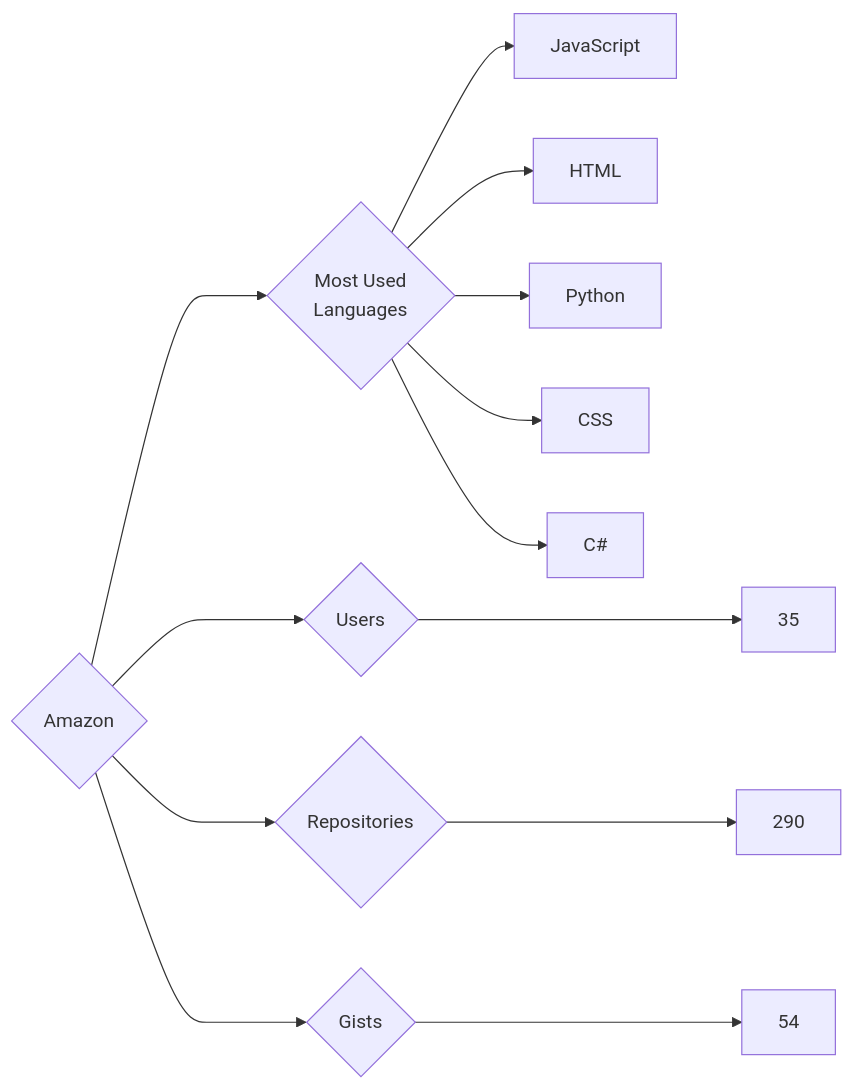
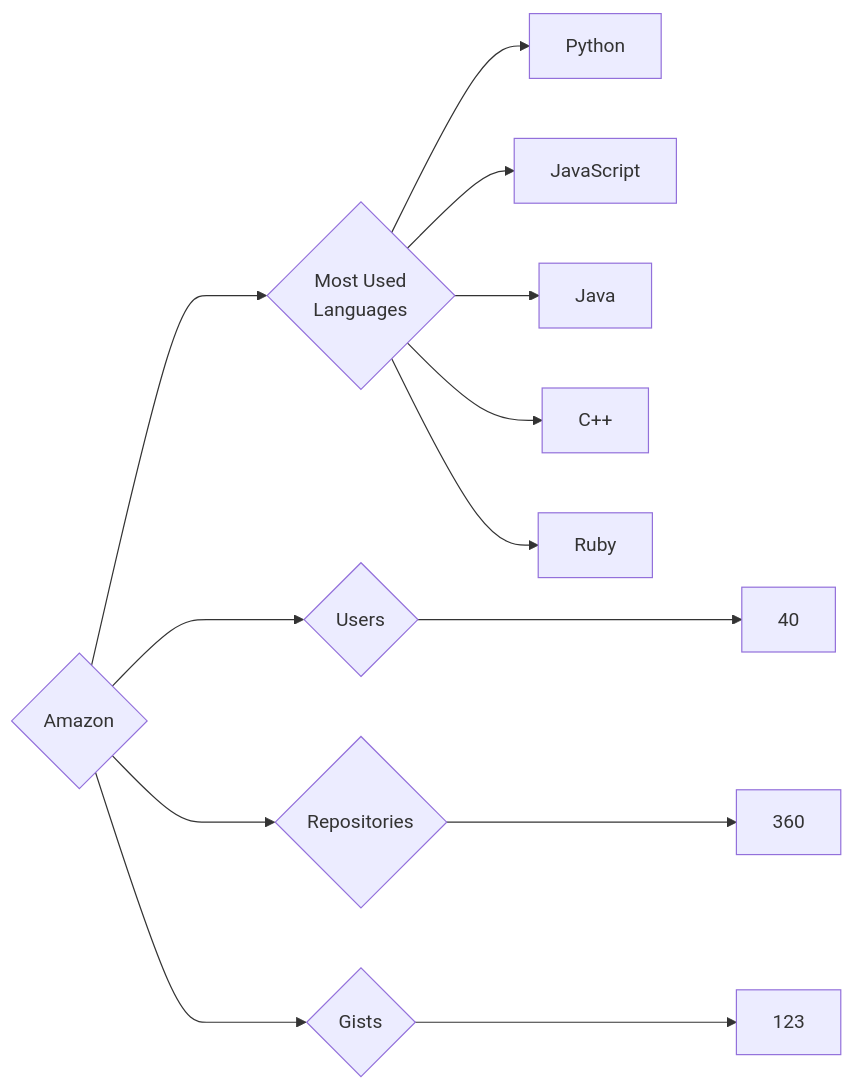
The diagram in targets/Amazon/README.md (trickest/insiders), drawn with Mermaid before and after one commit. The commit also changed 823 other files, not shown here.

````diff
--- a/targets/Amazon/README.md
+++ b/targets/Amazon/README.md
@@ -3,13 +3,13 @@
 ```mermaid
 graph LR
 COMPANY_NAME{Amazon}
-COMPANY_NAME ---> U{Users} ---> UN[35]
-COMPANY_NAME ---> R{Repositories} ---> RN[290]
-COMPANY_NAME ---> G{Gists} ---> GN[54]
+COMPANY_NAME ---> U{Users} ---> UN[40]
+COMPANY_NAME ---> R{Repositories} ---> RN[360]
+COMPANY_NAME ---> G{Gists} ---> GN[123]
 COMPANY_NAME ---> ML{Most Used<br>Languages}
+ML --> Python[Python]
 ML --> JavaScript[JavaScript]
-ML --> HTML[HTML]
-ML --> Python[Python]
-ML --> CSS[CSS]
-ML --> C#[C#]
+ML --> Java[Java]
+ML --> C++[C++]
+ML --> Ruby[Ruby]
 ```
````
